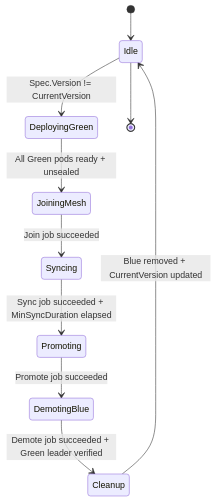
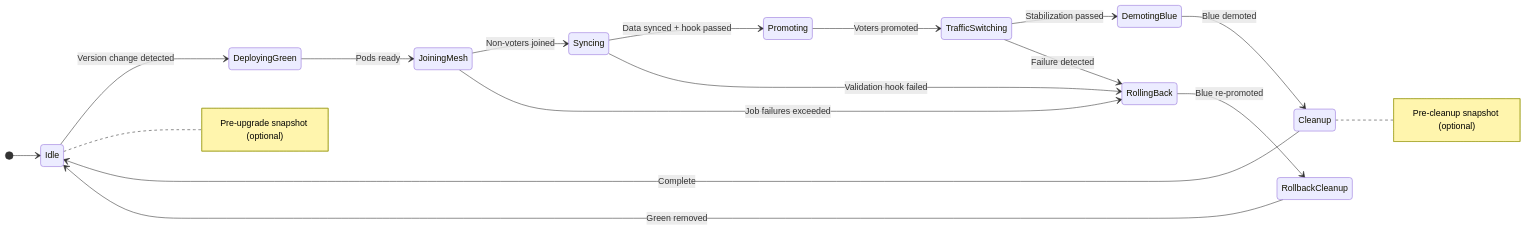
One commit to dc-tec/openbao-operator changed the diagram in docs/architecture/components.md. Above: the diagram before and after it, drawn with Mermaid. The commit also changed other lines of this file and 22 other files, not shown here.

````diff
--- a/docs/architecture/components.md
+++ b/docs/architecture/components.md
@@ -291,12 +276,22 @@
 ```mermaid
 stateDiagram-v2
+    direction LR
     [*] --> Idle
-    Idle --> DeployingGreen: Spec.Version != CurrentVersion
-    DeployingGreen --> JoiningMesh: All Green pods ready + unsealed
-    JoiningMesh --> Syncing: Join job succeeded
-    Syncing --> Promoting: Sync job succeeded + MinSyncDuration elapsed
-    Promoting --> DemotingBlue: Promote job succeeded
-    DemotingBlue --> Cleanup: Demote job succeeded + Green leader verified
-    Cleanup --> Idle: Blue removed + CurrentVersion updated
-    Idle --> [*]
+    Idle --> DeployingGreen: Version change detected
+    DeployingGreen --> JoiningMesh: Pods ready
+    JoiningMesh --> Syncing: Non-voters joined
+    Syncing --> Promoting: Data synced + hook passed
+    Promoting --> TrafficSwitching: Voters promoted
+    TrafficSwitching --> DemotingBlue: Stabilization passed
+    DemotingBlue --> Cleanup: Blue demoted
+    Cleanup --> Idle: Complete
+    
+    note right of Idle: Pre-upgrade snapshot (optional)
+    note right of Cleanup: Pre-cleanup snapshot (optional)
+    
+    TrafficSwitching --> RollingBack: Failure detected
+    Syncing --> RollingBack: Validation hook failed
+    JoiningMesh --> RollingBack: Job failures exceeded
+    RollingBack --> RollbackCleanup: Blue re-promoted
+    RollbackCleanup --> Idle: Green removed
 ```
````
